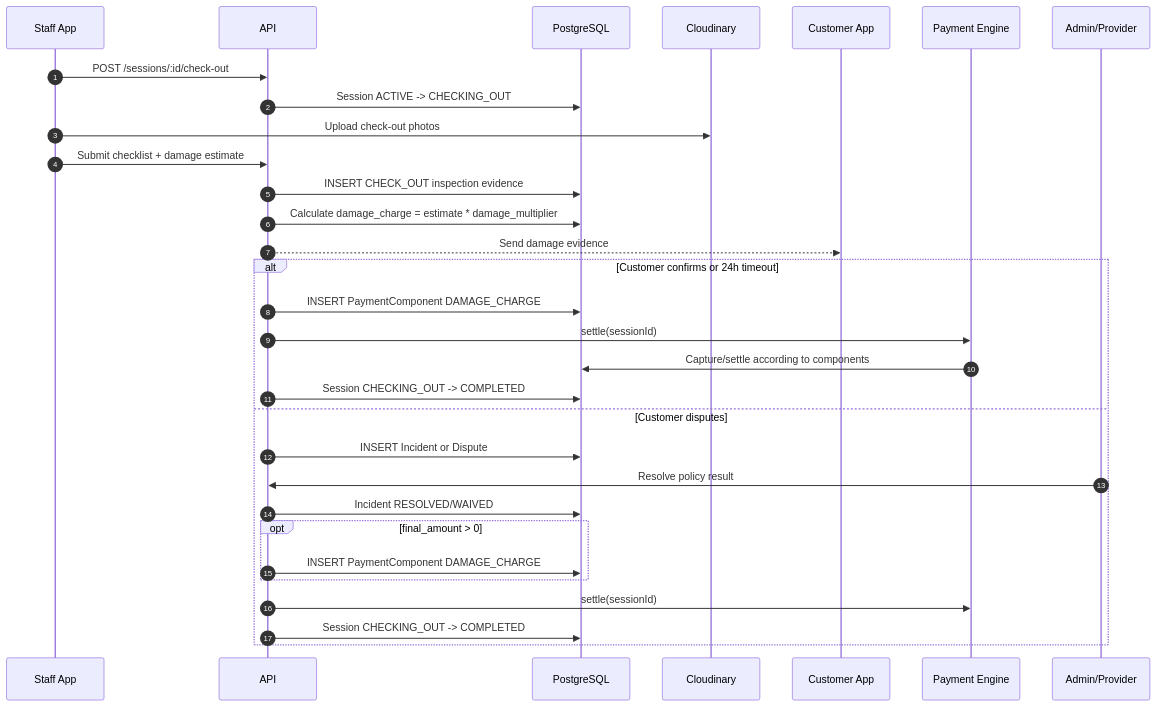
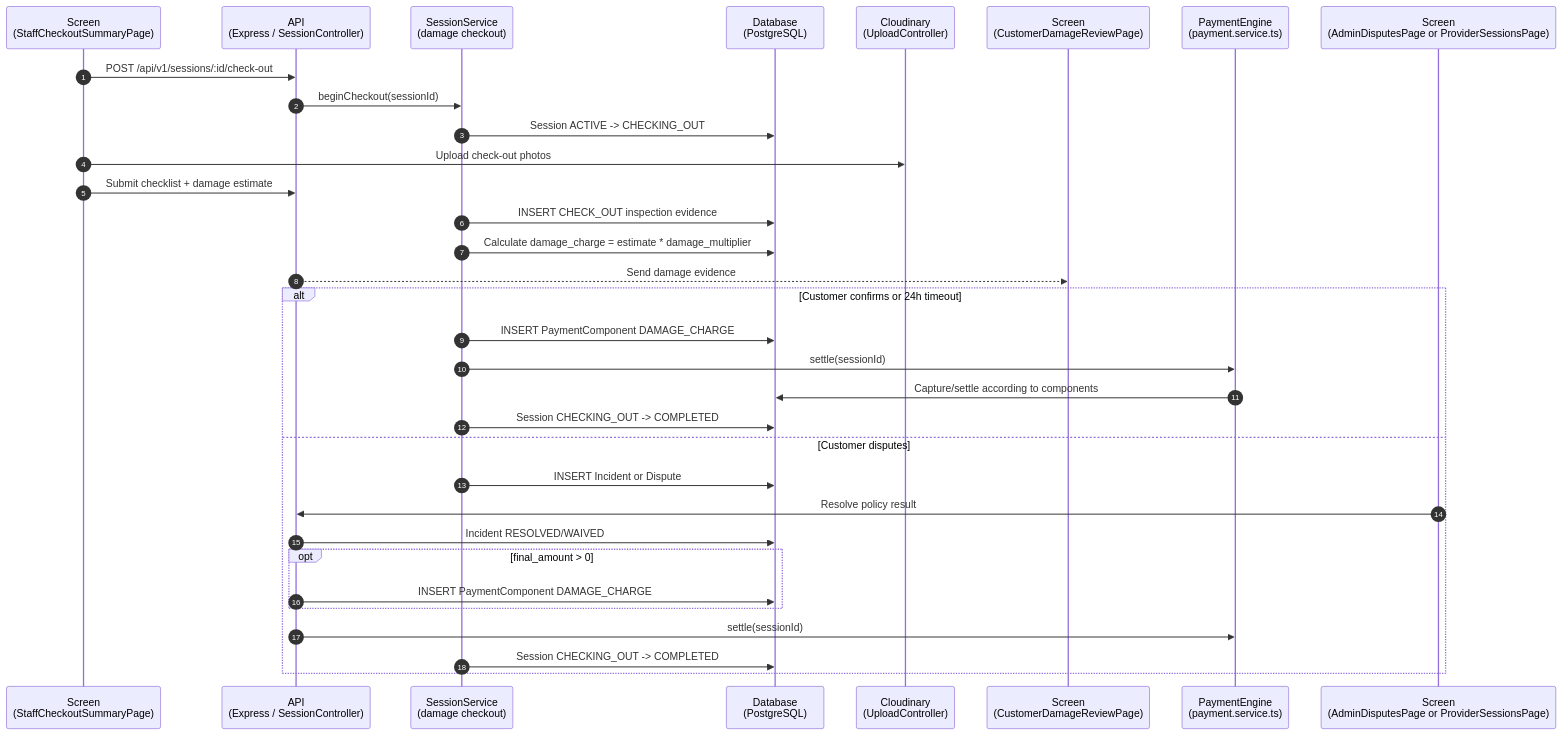
One commit to RCField-SEP490/rcfield-spec changed the fifth of 7 diagrams in docs/diagrams/sequence/sequence-flow-booking-operations.md. Above: the diagram before and after it, drawn with Mermaid. The commit also changed other lines of this file and 15 other files, not shown here.

First line of the commit message:
Add sequence flow diagrams for provider, staff, and supporting operations

````diff
--- a/docs/diagrams/sequence/sequence-flow-booking-operations.md
+++ b/docs/diagrams/sequence/sequence-flow-booking-operations.md
@@ -142,34 +158,36 @@
 ```mermaid
 sequenceDiagram
     autonumber
-    participant Staff as Staff App
-    participant API as API
-    participant DB as PostgreSQL
-    participant Store as Cloudinary
-    participant C as Customer App
-    participant Pay as Payment Engine
-    participant Admin as Admin/Provider
+    participant Staff as Screen<br/>(StaffCheckoutSummaryPage)
+    participant API as API<br/>(Express / SessionController)
+    participant SS as SessionService<br/>(damage checkout)
+    participant DB as Database<br/>(PostgreSQL)
+    participant Store as Cloudinary<br/>(UploadController)
+    participant C as Screen<br/>(CustomerDamageReviewPage)
+    participant Pay as PaymentEngine<br/>(payment.service.ts)
+    participant Admin as Screen<br/>(AdminDisputesPage or ProviderSessionsPage)
 
-    Staff->>API: POST /sessions/:id/check-out
-    API->>DB: Session ACTIVE -> CHECKING_OUT
+    Staff->>API: POST /api/v1/sessions/:id/check-out
+    API->>SS: beginCheckout(sessionId)
+    SS->>DB: Session ACTIVE -> CHECKING_OUT
     Staff->>Store: Upload check-out photos
     Staff->>API: Submit checklist + damage estimate
-    API->>DB: INSERT CHECK_OUT inspection evidence
-    API->>DB: Calculate damage_charge = estimate * damage_multiplier
+    SS->>DB: INSERT CHECK_OUT inspection evidence
+    SS->>DB: Calculate damage_charge = estimate * damage_multiplier
     API-->>C: Send damage evidence
     alt Customer confirms or 24h timeout
-        API->>DB: INSERT PaymentComponent DAMAGE_CHARGE
-        API->>Pay: settle(sessionId)
+        SS->>DB: INSERT PaymentComponent DAMAGE_CHARGE
+        SS->>Pay: settle(sessionId)
         Pay->>DB: Capture/settle according to components
-        API->>DB: Session CHECKING_OUT -> COMPLETED
+        SS->>DB: Session CHECKING_OUT -> COMPLETED
     else Customer disputes
-        API->>DB: INSERT Incident or Dispute
+        SS->>DB: INSERT Incident or Dispute
         Admin->>API: Resolve policy result
         API->>DB: Incident RESOLVED/WAIVED
         opt final_amount > 0
             API->>DB: INSERT PaymentComponent DAMAGE_CHARGE
         end
         API->>Pay: settle(sessionId)
-        API->>DB: Session CHECKING_OUT -> COMPLETED
+        SS->>DB: Session CHECKING_OUT -> COMPLETED
     end
 ```
````
